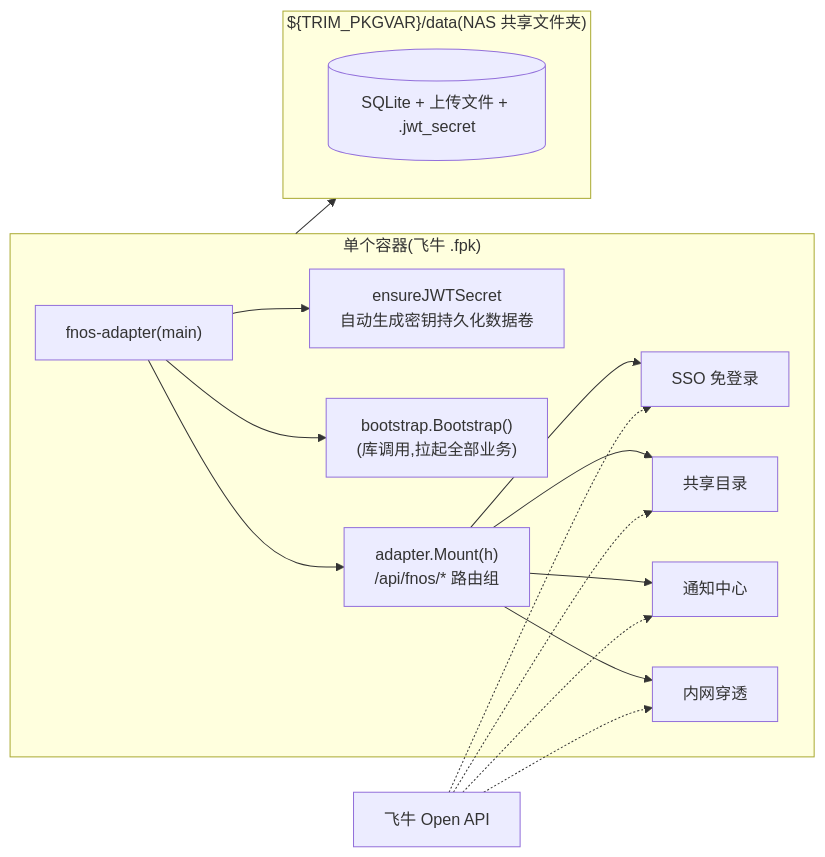
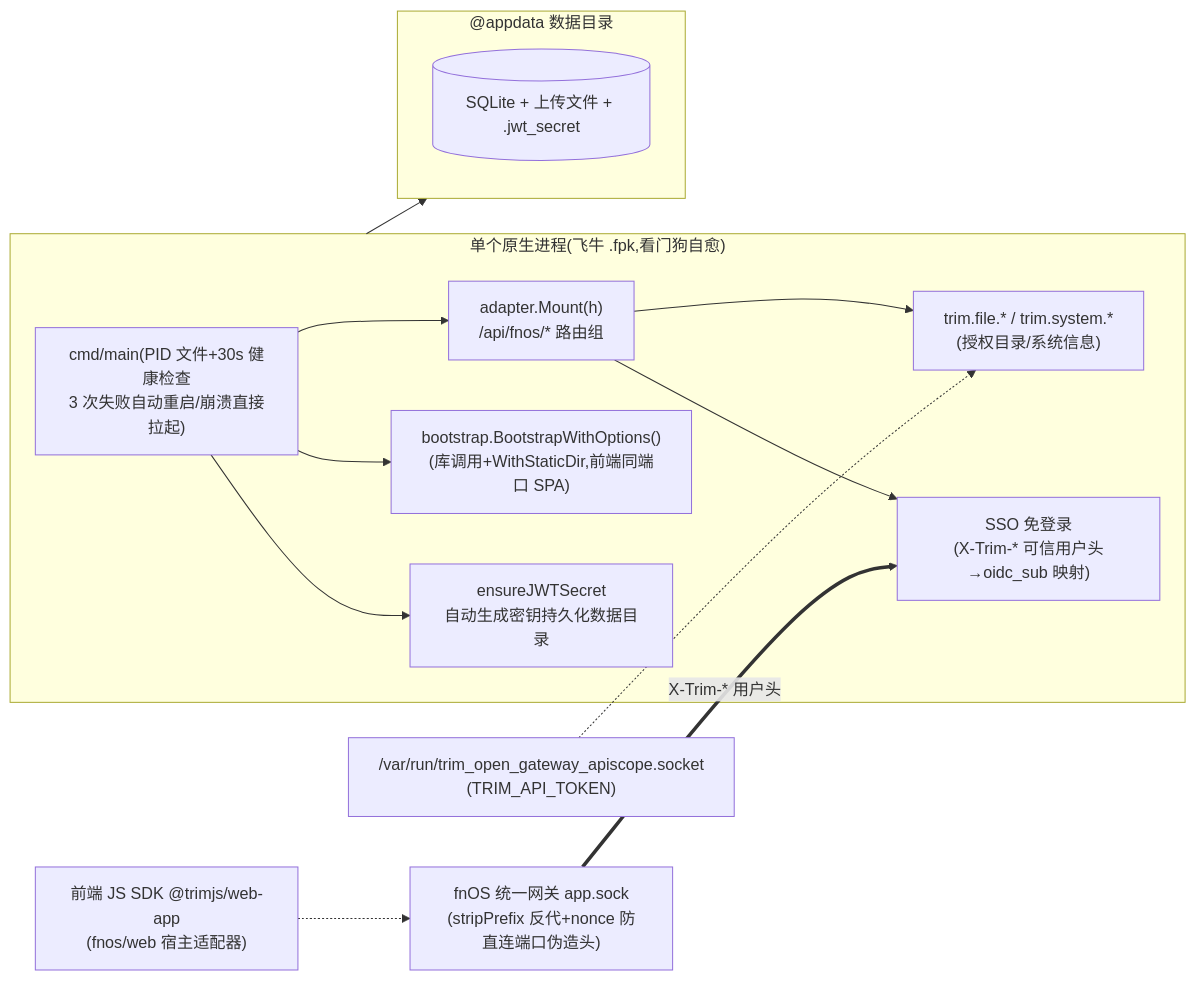
Before and after one commit to filescodebox/FilesCodeBox: the eighth of 10 diagrams in docs/architecture.md, drawn with Mermaid. The commit also changed other lines of this file, not shown here.

Commit message:
docs(architecture): 文档对码 2026-10-10——生态全景/依赖图对齐前端拆仓与 NAS 原生形态(qnap/fnos),版本对齐 1.15.0 列车;core 分层 request 域 IDL 化收编;p2p 协议 v4 数据流;fnOS 原生进程形态重画;部署对比增 qnap 列;发布流水线改发布列车叙事;修 5.2 引用块误入 mermaid 围栏

````diff
--- a/docs/architecture.md
+++ b/docs/architecture.md
@@ -266,14 +269,17 @@
 ```mermaid
 graph LR
-    subgraph CONTAINER["单个容器(飞牛 .fpk)"]
-        MAIN["fnos-adapter(main)"] --> ENS["ensureJWTSecret<br/>自动生成密钥持久化数据卷"]
-        MAIN --> BOOT["bootstrap.Bootstrap()<br/>(库调用,拉起全部业务)"]
+    subgraph PROC["单个原生进程(飞牛 .fpk,看门狗自愈)"]
+        MAIN["cmd/main(PID 文件+30s 健康检查<br/>3 次失败自动重启/崩溃直接拉起)"] --> ENS["ensureJWTSecret<br/>自动生成密钥持久化数据目录"]
+        MAIN --> BOOT["bootstrap.BootstrapWithOptions()<br/>(库调用+WithStaticDir,前端同端口 SPA)"]
         MAIN --> ADP["adapter.Mount(h)<br/>/api/fnos/* 路由组"]
-        ADP --> SSO["SSO 免登录"] & DIR["共享目录"] & NT["通知中心"] & TN["内网穿透"]
+        ADP --> SSO["SSO 免登录<br/>(X-Trim-* 可信用户头→oidc_sub 映射)"]
+        ADP --> TAPI["trim.file.* / trim.system.*<br/>(授权目录/系统信息)"]
     end
-    FNOSAPI["飞牛 Open API"] -.-> SSO & DIR & NT & TN
-    subgraph VOL["${TRIM_PKGVAR}/data(NAS 共享文件夹)"]
+    GW["fnOS 统一网关 app.sock<br/>(stripPrefix 反代+nonce 防直连端口伪造头)"] ==>|"X-Trim-* 用户头"| SSO
+    SOCK["/var/run/trim_open_gateway_apiscope.socket<br/>(TRIM_API_TOKEN)"] -.-> TAPI
+    WEB["前端 JS SDK @trimjs/web-app<br/>(fnos/web 宿主适配器)"] -.-> GW
+    subgraph VOL["@appdata 数据目录"]
         DB2[("SQLite + 上传文件 + .jwt_secret")]
     end
-    CONTAINER --> VOL
+    PROC --> VOL
 ```
````
